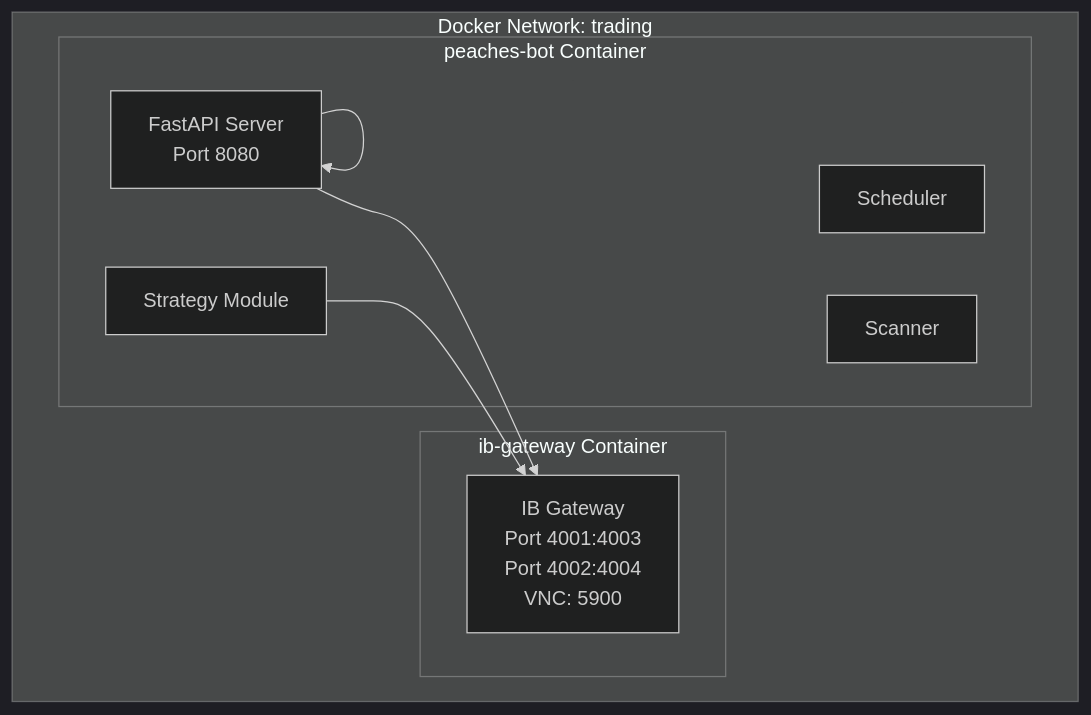
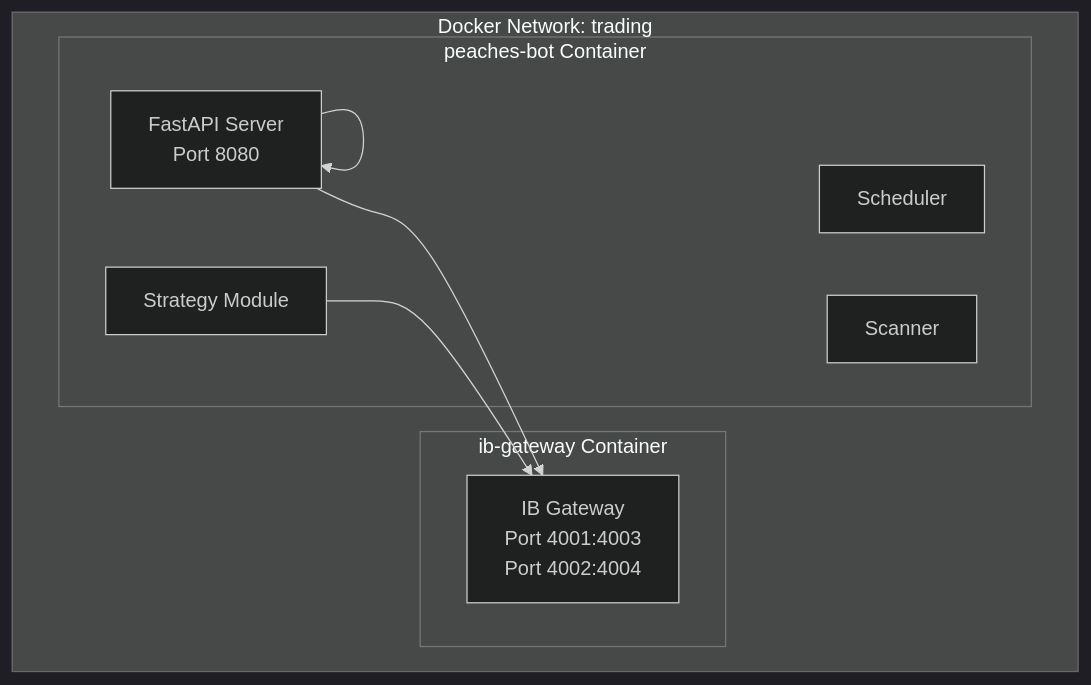
The second of 9 diagrams in docs/GAP_STRAT.md (dairycow/peaches), drawn with Mermaid (dark theme) before and after one commit. The commit also changed other lines of this file and 23 other files, not shown here.

Commit message:
refactor: complete event-driven architecture implementation

````diff
--- a/docs/GAP_STRAT.md
+++ b/docs/GAP_STRAT.md
@@ -103,19 +103,19 @@
 ```mermaid
 graph TB
     subgraph "Docker Network: trading"
-        subgraph "ib-gateway Container"
-            IBG[IB Gateway<br/>Port 4001:4003<br/>Port 4002:4004<br/>VNC: 5900]
-        end
+    subgraph "ib-gateway Container"
+        IBG[IB Gateway<br/>Port 4001:4003<br/>Port 4002:4004]
+    end
 
         subgraph "peaches-bot Container"
             FastAPI[FastAPI Server<br/>Port 8080]
             Scheduler[Scheduler]
             Scanner[Scanner]
             Strategy[Strategy Module]
         end
     end
 
     FastAPI --> IBG
     Strategy --> IBG
     FastAPI --> FastAPI
 ```
````
